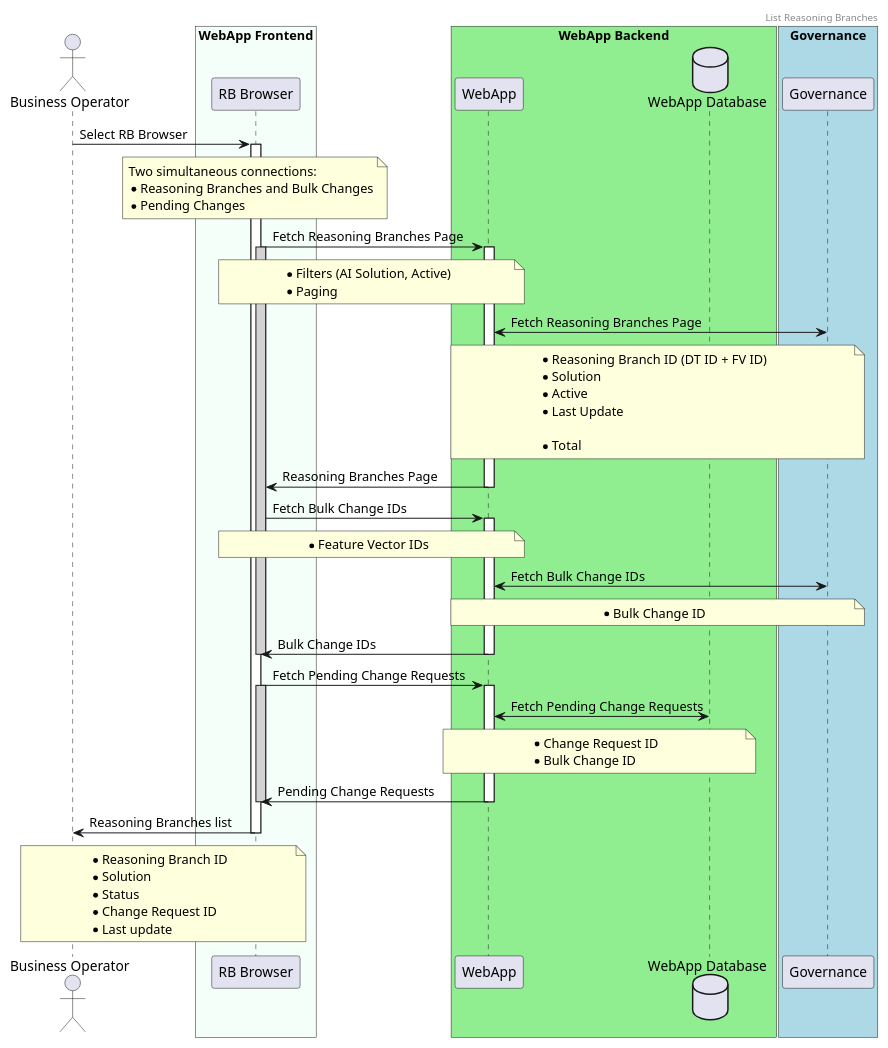
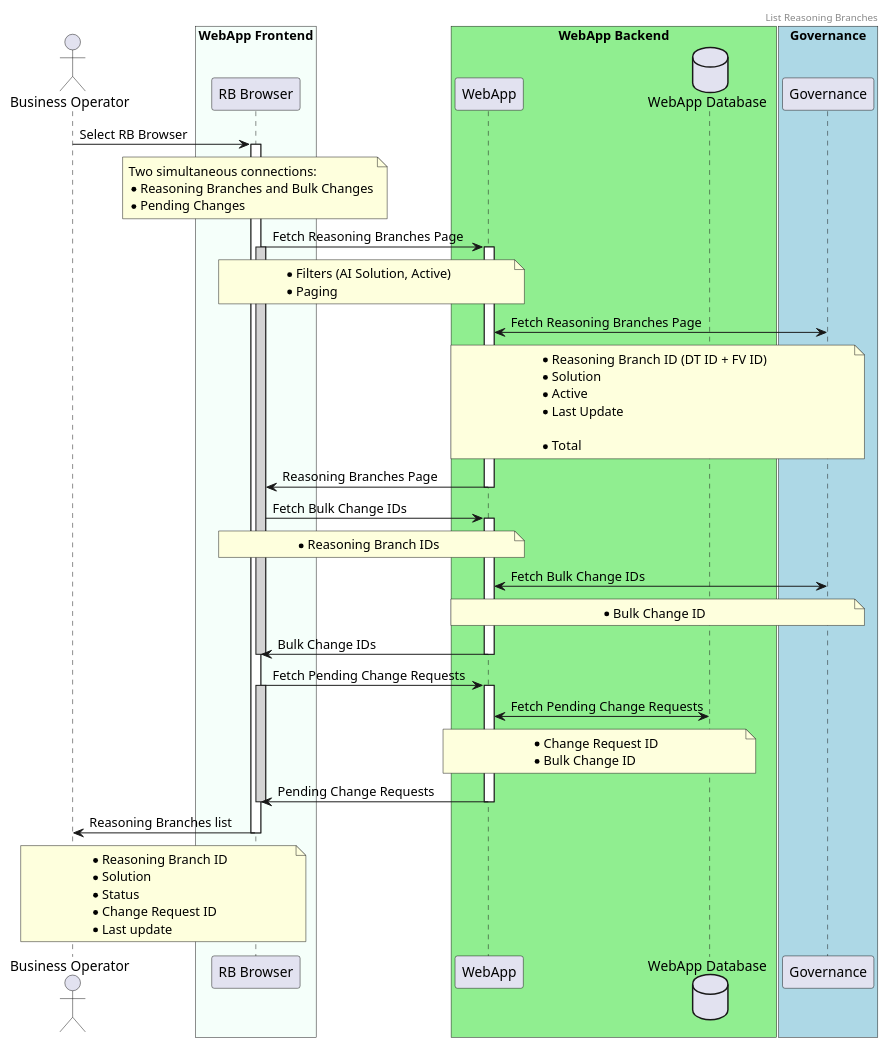
Before and after one commit to ngraczykowski/iris-root: the diagram in modules/webapp/sens-webapp-documentation/src/docs/asciidoc/adrs/diagrams/bo-gets-list-of-reasoning-branches.puml, drawn with PlantUML.

Commit message:
INTERNAL: Fix for ADR for listing Reasoning Branches
Fix for ADR.

```diff
--- a/modules/webapp/sens-webapp-documentation/src/docs/asciidoc/adrs/diagrams/bo-gets-list-of-reasoning-branches.puml
+++ b/modules/webapp/sens-webapp-documentation/src/docs/asciidoc/adrs/diagrams/bo-gets-list-of-reasoning-branches.puml
@@ -1,88 +1,88 @@
 @startuml
 header List Reasoning Branches
 
 actor BO as "Business Operator"
 
 box "WebApp Frontend" #MintCream
     participant Frontend as "RB Browser"
 end box
 
 box "WebApp Backend" #LightGreen
     participant Backend as "WebApp"
     database WebAppDB as "WebApp Database"
 end box
 
 box "Governance" #LightBlue
     participant G as "Governance"
 end box
 
 BO -> Frontend : Select RB Browser
 
 note over Frontend
 Two simultaneous connections:
 * Reasoning Branches and Bulk Changes
 * Pending Changes
 end note
 
 activate Frontend
 Frontend -> Backend : Fetch Reasoning Branches Page
 note over Frontend, Backend
     * Filters (AI Solution, Active)
     * Paging
 end note
 
 activate Frontend #LightGray
 activate Backend
 Backend <-> G : Fetch Reasoning Branches Page
 note over Backend, G
     * Reasoning Branch ID (DT ID + FV ID)
     * Solution
     * Active
     * Last Update
 
     * Total
 end note
 
 Backend -> Frontend : Reasoning Branches Page
 deactivate Backend
 
 Frontend -> Backend : Fetch Bulk Change IDs
 activate Backend
 note over Frontend, Backend
-    * Feature Vector IDs
+    * Reasoning Branch IDs
 end note
 
 Backend <-> G : Fetch Bulk Change IDs
 note over Backend, G
     * Bulk Change ID
 end note
 
 Backend -> Frontend : Bulk Change IDs
 deactivate Backend
 deactivate Frontend
 
 
 Frontend -> Backend : Fetch Pending Change Requests
 activate Backend
 activate Frontend#LightGray
 Backend <-> WebAppDB : Fetch Pending Change Requests
 note over Backend, WebAppDB
     * Change Request ID
     * Bulk Change ID
 end note
 
 Backend -> Frontend : Pending Change Requests
 deactivate Backend
 deactivate Frontend
 
 Frontend -> BO: Reasoning Branches list
 deactivate Frontend
 note over Frontend, BO
     * Reasoning Branch ID
     * Solution
     * Status
     * Change Request ID
     * Last update
 end note
 
 @enduml
```
